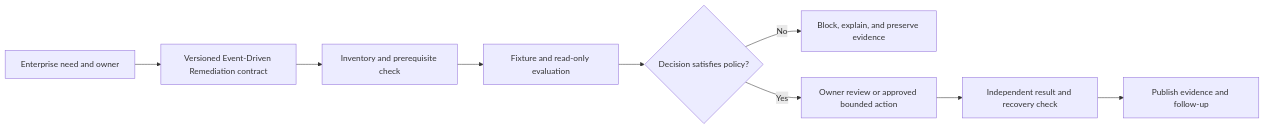
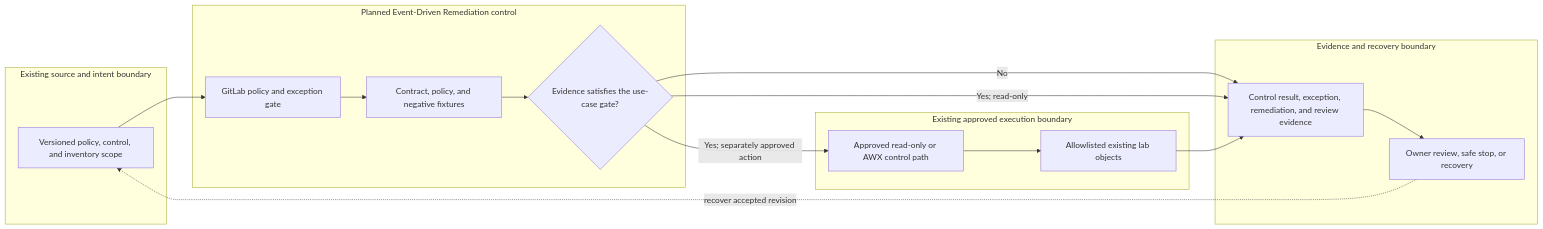
One commit to MIDHTECH/enterprise-architecture-docs changed the diagram in docs/use-cases/governance/UC-GOV-012-event-driven-remediation.md. Above: the diagram before and after it, drawn with Mermaid. The commit also changed other lines of this file and 227 other files, not shown here.

Commit message:
Deepen architecture for all use case designs

````diff
--- a/docs/use-cases/governance/UC-GOV-012-event-driven-remediation.md
+++ b/docs/use-cases/governance/UC-GOV-012-event-driven-remediation.md
@@ -136,11 +129,25 @@
 ```mermaid
 flowchart LR
-    Need["Enterprise need and owner"] --> Contract["Versioned Event-Driven Remediation contract"]
-    Contract --> Preflight["Inventory and prerequisite check"]
-    Preflight --> Evaluate["Fixture and read-only evaluation"]
-    Evaluate --> Decision{"Decision satisfies policy?"}
-    Decision -->|No| Stop["Block, explain, and preserve evidence"]
-    Decision -->|Yes| Review["Owner review or approved bounded action"]
-    Review --> Verify["Independent result and recovery check"]
-    Verify --> Publish["Publish evidence and follow-up"]
+    subgraph Source["Existing source and intent boundary"]
+        A["Versioned policy, control, and inventory scope"]
+    end
+    subgraph Planned["Planned Event-Driven Remediation control"]
+        B["GitLab policy and exception gate"]
+        C["Contract, policy, and negative fixtures"]
+        D{"Evidence satisfies the use-case gate?"}
+    end
+    subgraph Runtime["Existing approved execution boundary"]
+        E["Approved read-only or AWX control path"]
+        F["Allowlisted existing lab objects"]
+    end
+    subgraph Assurance["Evidence and recovery boundary"]
+        G["Control result, exception, remediation, and review evidence"]
+        H["Owner review, safe stop, or recovery"]
+    end
+
+    A --> B --> C --> D
+    D -->|No| G --> H
+    D -->|Yes; read-only| G
+    D -->|Yes; separately approved action| E --> F --> G
+    H -. recover accepted revision .-> A
 ```
````
